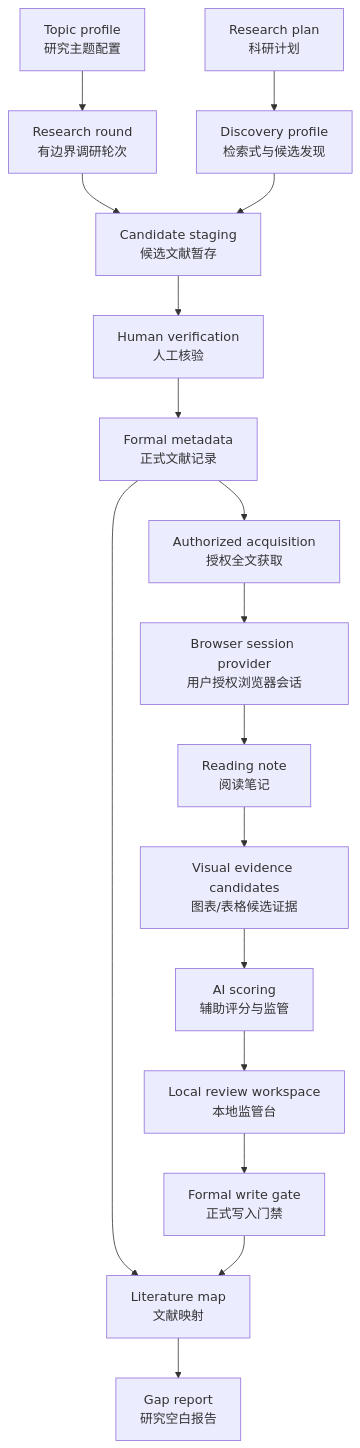
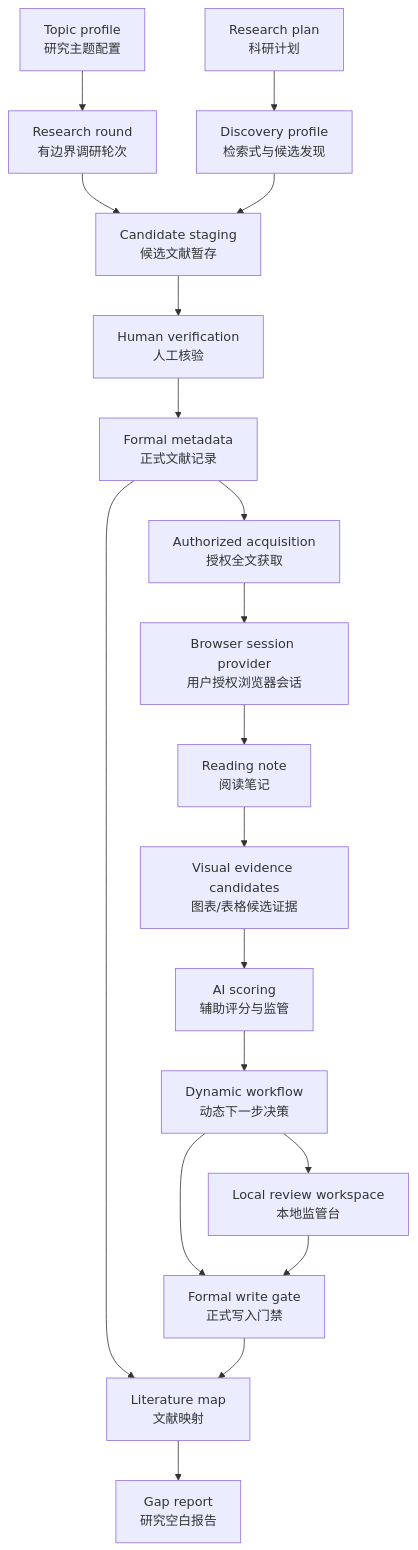
One commit to sakur0zxy/RSA changed the diagram in README.md. Above: the diagram before and after it, drawn with Mermaid. The commit also changed other lines of this file and 36 other files, not shown here.

Commit message:
feat: implement phase 17 dynamic workflow

````diff
--- a/README.md
+++ b/README.md
@@ -56,19 +57,21 @@
 ```mermaid
 flowchart TD
   A["Topic profile<br/>研究主题配置"] --> B["Research round<br/>有边界调研轮次"]
   B --> C["Candidate staging<br/>候选文献暂存"]
   C --> D["Human verification<br/>人工核验"]
   D --> E["Formal metadata<br/>正式文献记录"]
   E --> F["Authorized acquisition<br/>授权全文获取"]
   F --> F2["Browser session provider<br/>用户授权浏览器会话"]
   P["Research plan<br/>科研计划"] --> D0["Discovery profile<br/>检索式与候选发现"]
   D0 --> C
   F2 --> G["Reading note<br/>阅读笔记"]
   G --> V["Visual evidence candidates<br/>图表/表格候选证据"]
   V --> S["AI scoring<br/>辅助评分与监管"]
-  S --> W["Local review workspace<br/>本地监管台"]
+  S --> Y["Dynamic workflow<br/>动态下一步决策"]
+  Y --> W["Local review workspace<br/>本地监管台"]
   E --> H["Literature map<br/>文献映射"]
+  Y --> I["Formal write gate<br/>正式写入门禁"]
   W --> I["Formal write gate<br/>正式写入门禁"]
   H --> J["Gap report<br/>研究空白报告"]
   I --> H
 ```
````
